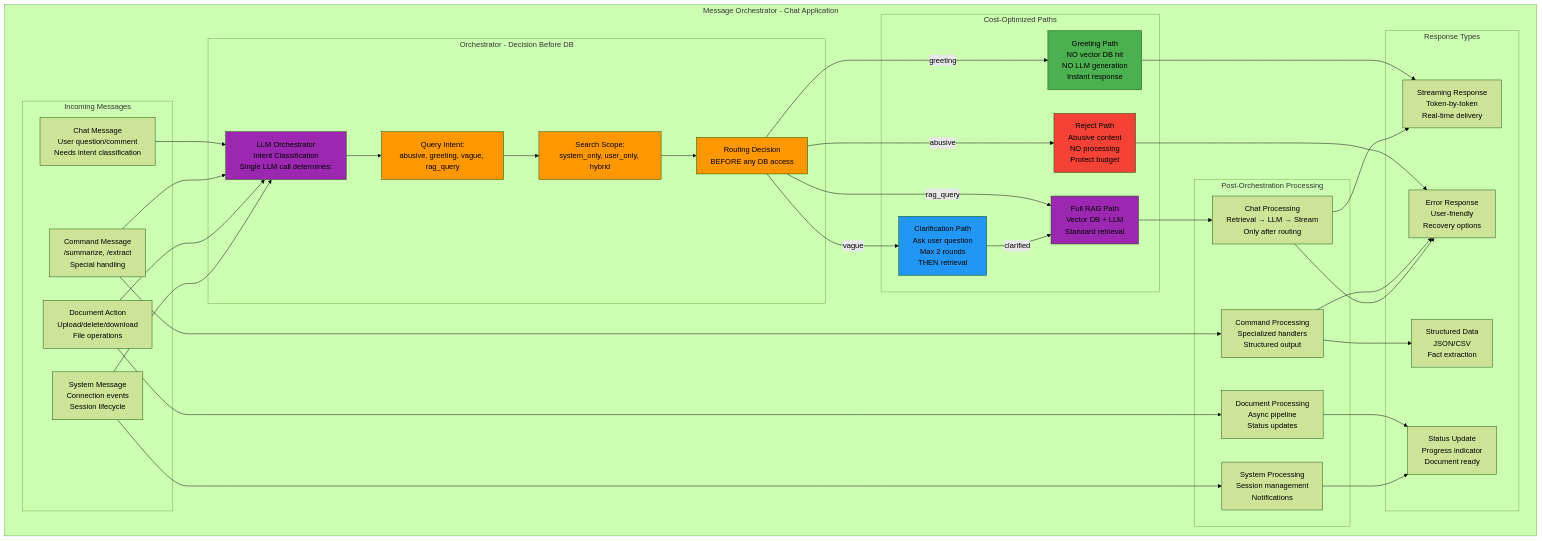
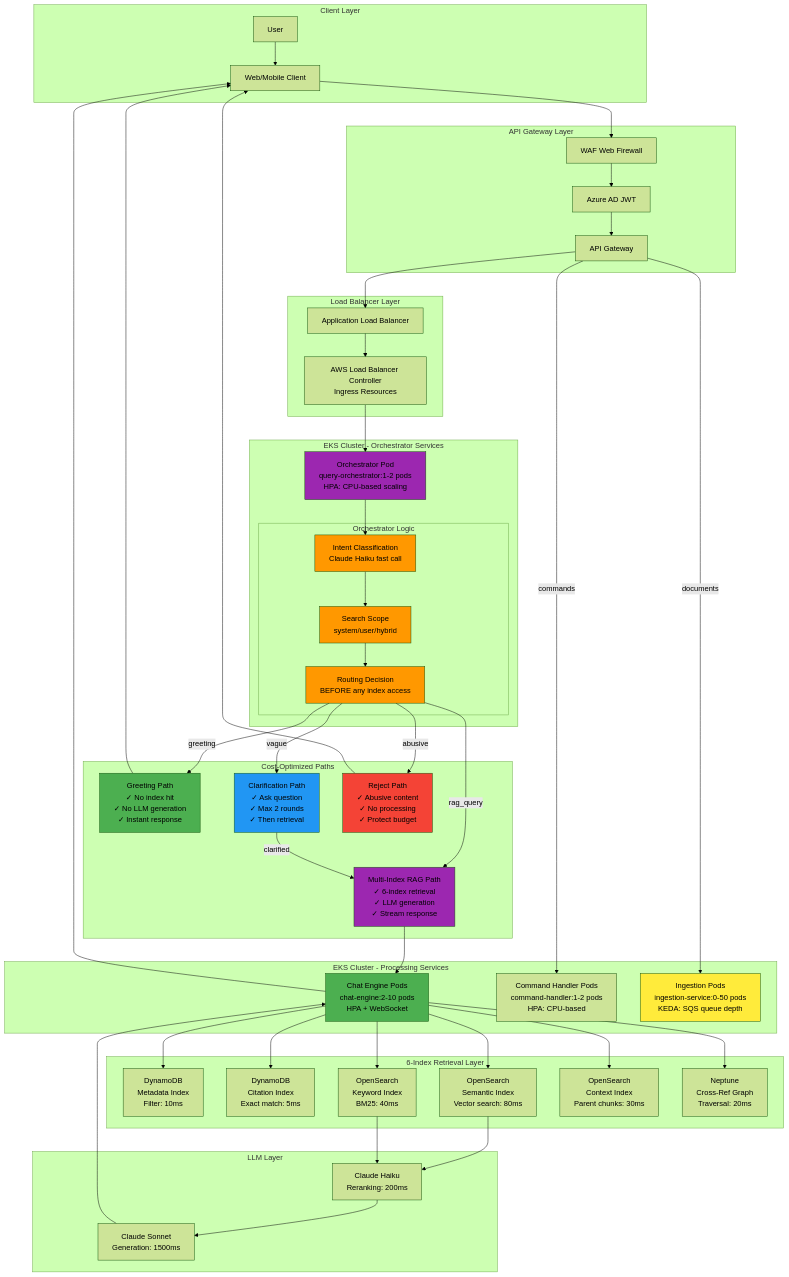
The first of 3 diagrams in case_assistant/system_design/03-message-routing.md (anguyenbus/case_chat), drawn with Mermaid (forest theme) before and after one commit. The commit also changed other lines of this file, not shown here.

````diff
--- a/case_assistant/system_design/03-message-routing.md
+++ b/case_assistant/system_design/03-message-routing.md
@@ -5,78 +25,104 @@
 ```mermaid
 graph TB
-    subgraph "Message Orchestrator - Chat Application"
-        subgraph "Incoming Messages"
-            MSG_CHAT[Chat Message<br>User question/comment<br>Needs intent classification]
-            MSG_CMD[Command Message<br>/summarize, /extract<br>Special handling]
-            MSG_DOC[Document Action<br>Upload/delete/download<br>File operations]
-            MSG_SYS[System Message<br>Connection events<br>Session lifecycle]
-        end
+    subgraph "Client Layer"
+        USER[User]
+        CLIENT[Web/Mobile Client]
+    end
 
-        subgraph "Orchestrator - Decision Before DB"
-            ORCHESTRATOR[LLM Orchestrator<br>Intent Classification<br>Single LLM call determines:]
-            INTENT[Query Intent:<br>abusive, greeting, vague, rag_query]
-            SCOPE[Search Scope:<br>system_only, user_only, hybrid]
-            DECISION[Routing Decision<br> BEFORE any DB access]
-        end
+    subgraph "API Gateway Layer"
+        API[API Gateway]
+        WAF[WAF Web Firewall]
+        AUTH[Azure AD JWT]
+    end
 
-        subgraph "Cost-Optimized Paths"
-            PATH_GREET[Greeting Path<br>NO vector DB hit<br>NO LLM generation<br>Instant response]
-            PATH_CLARIFY[Clarification Path<br>Ask user question<br>Max 2 rounds<br>THEN retrieval]
-            PATH_REJECT[Reject Path<br>Abusive content<br>NO processing<br>Protect budget]
-            PATH_RAG[Full RAG Path<br>Vector DB + LLM<br>Standard retrieval]
-        end
+    subgraph "Load Balancer Layer"
+        ALB[Application Load Balancer]
+        INGRESS[AWS Load Balancer Controller<br/>Ingress Resources]
+    end
 
-        subgraph "Post-Orchestration Processing"
-            PATH_CHAT[Chat Processing<br>Retrieval → LLM → Stream<br>Only after routing]
-            PATH_CMD[Command Processing<br>Specialized handlers<br>Structured output]
-            PATH_DOC[Document Processing<br>Async pipeline<br>Status updates]
-            PATH_SYS[System Processing<br>Session management<br>Notifications]
-        end
+    subgraph "EKS Cluster - Orchestrator Services"
+        ORCHESTRATOR_POD[Orchestrator Pod<br/>query-orchestrator:1-2 pods<br/>HPA: CPU-based scaling]
 
-        subgraph "Response Types"
-            RESP_STREAM[Streaming Response<br>Token-by-token<br>Real-time delivery]
-            RESP_STRUCTURED[Structured Data<br>JSON/CSV<br>Fact extraction]
-            RESP_STATUS[Status Update<br>Progress indicator<br>Document ready]
-            RESP_ERROR[Error Response<br>User-friendly<br>Recovery options]
+        subgraph "Orchestrator Logic"
+            INTENT[Intent Classification<br/>Claude Haiku fast call]
+            SCOPE[Search Scope<br/>system/user/hybrid]
+            ROUTE[Routing Decision<br/>BEFORE any index access]
         end
     end
 
-    MSG_CHAT --> ORCHESTRATOR
-    MSG_CMD --> ORCHESTRATOR
-    MSG_DOC --> ORCHESTRATOR
-    MSG_SYS --> ORCHESTRATOR
+    subgraph "Cost-Optimized Paths"
+        PATH_GREET[Greeting Path<br/>✓ No index hit<br/>✓ No LLM generation<br/>✓ Instant response]
+        PATH_CLARIFY[Clarification Path<br/>✓ Ask question<br/>✓ Max 2 rounds<br/>✓ Then retrieval]
+        PATH_REJECT[Reject Path<br/>✓ Abusive content<br/>✓ No processing<br/>✓ Protect budget]
+        PATH_RAG[Multi-Index RAG Path<br/>✓ 6-index retrieval<br/>✓ LLM generation<br/>✓ Stream response]
+    end
 
-    ORCHESTRATOR --> INTENT
+    subgraph "EKS Cluster - Processing Services"
+        CHAT_POD[Chat Engine Pods<br/>chat-engine:2-10 pods<br/>HPA + WebSocket]
+        CMD_POD[Command Handler Pods<br/>command-handler:1-2 pods<br/>HPA: CPU-based]
+        DOC_POD[Ingestion Pods<br/>ingestion-service:0-50 pods<br/>KEDA: SQS queue depth]
+    end
+
+    subgraph "6-Index Retrieval Layer"
+        META[DynamoDB<br/>Metadata Index<br/>Filter: 10ms]
+        CITATION[DynamoDB<br/>Citation Index<br/>Exact match: 5ms]
+        SEMANTIC[OpenSearch<br/>Semantic Index<br/>Vector search: 80ms]
+        KEYWORD[OpenSearch<br/>Keyword Index<br/>BM25: 40ms]
+        CONTEXT[OpenSearch<br/>Context Index<br/>Parent chunks: 30ms]
+        GRAPH[Neptune<br/>Cross-Ref Graph<br/>Traversal: 20ms]
+    end
+
+    subgraph "LLM Layer"
+        RERANK[Claude Haiku<br/>Reranking: 200ms]
+        GENERATE[Claude Sonnet<br/>Generation: 1500ms]
+    end
+
+    USER --> CLIENT
+    CLIENT --> WAF
+    WAF --> AUTH
+    AUTH --> API
+    API --> ALB
+    ALB --> INGRESS
+    INGRESS --> ORCHESTRATOR_POD
+
+    ORCHESTRATOR_POD --> INTENT
     INTENT --> SCOPE
-    SCOPE --> DECISION
+    SCOPE --> ROUTE
 
-    DECISION -->|greeting| PATH_GREET
-    DECISION -->|vague| PATH_CLARIFY
-    DECISION -->|abusive| PATH_REJECT
-    DECISION -->|rag_query| PATH_RAG
+    ROUTE -->|greeting| PATH_GREET
+    ROUTE -->|vague| PATH_CLARIFY
+    ROUTE -->|abusive| PATH_REJECT
+    ROUTE -->|rag_query| PATH_RAG
 
-    PATH_GREET --> RESP_STREAM
+    PATH_GREET --> CLIENT
     PATH_CLARIFY -->|clarified| PATH_RAG
-    PATH_REJECT --> RESP_ERROR
-    PATH_RAG --> PATH_CHAT
+    PATH_REJECT --> CLIENT
+    PATH_RAG --> CHAT_POD
 
-    MSG_CMD --> PATH_CMD
-    MSG_DOC --> PATH_DOC
-    MSG_SYS --> PATH_SYS
+    CHAT_POD --> META
+    CHAT_POD --> CITATION
+    CHAT_POD --> SEMANTIC
+    CHAT_POD --> KEYWORD
+    CHAT_POD --> CONTEXT
+    CHAT_POD --> GRAPH
 
-    PATH_CHAT --> RESP_STREAM
-    PATH_CMD --> RESP_STRUCTURED
-    PATH_DOC --> RESP_STATUS
-    PATH_SYS --> RESP_STATUS
-    PATH_CMD --> RESP_ERROR
-    PATH_CHAT --> RESP_ERROR
+    SEMANTIC --> RERANK
+    KEYWORD --> RERANK
+    RERANK --> GENERATE
+    GENERATE --> CHAT_POD
+    CHAT_POD --> CLIENT
 
-    style ORCHESTRATOR fill:#9C27B0
+    API -->|commands| CMD_POD
+    API -->|documents| DOC_POD
+
+    style ORCHESTRATOR_POD fill:#9C27B0
     style INTENT fill:#FF9800
     style SCOPE fill:#FF9800
-    style DECISION fill:#FF9800
+    style ROUTE fill:#FF9800
     style PATH_GREET fill:#4CAF50
     style PATH_CLARIFY fill:#2196F3
     style PATH_REJECT fill:#F44336
     style PATH_RAG fill:#9C27B0
+    style CHAT_POD fill:#4CAF50
+    style DOC_POD fill:#FFEB3B
 ```
````
